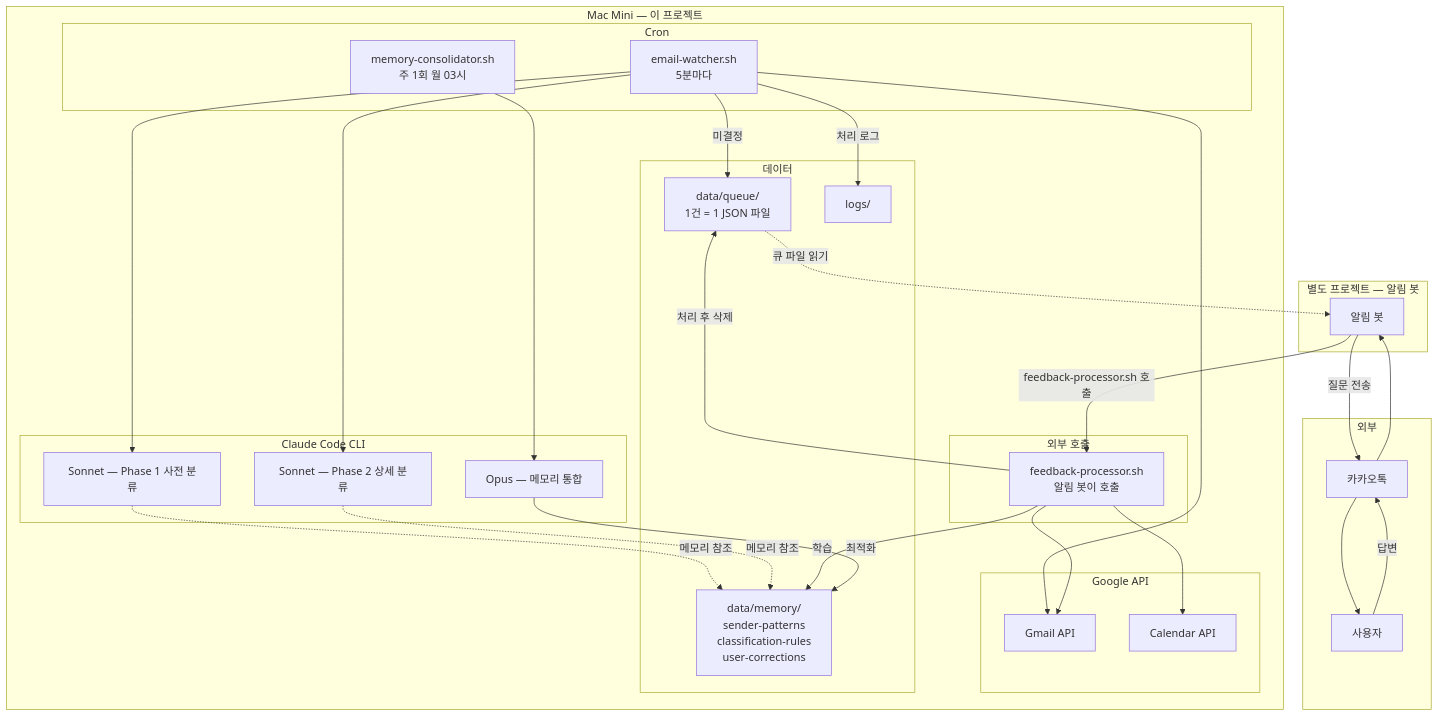
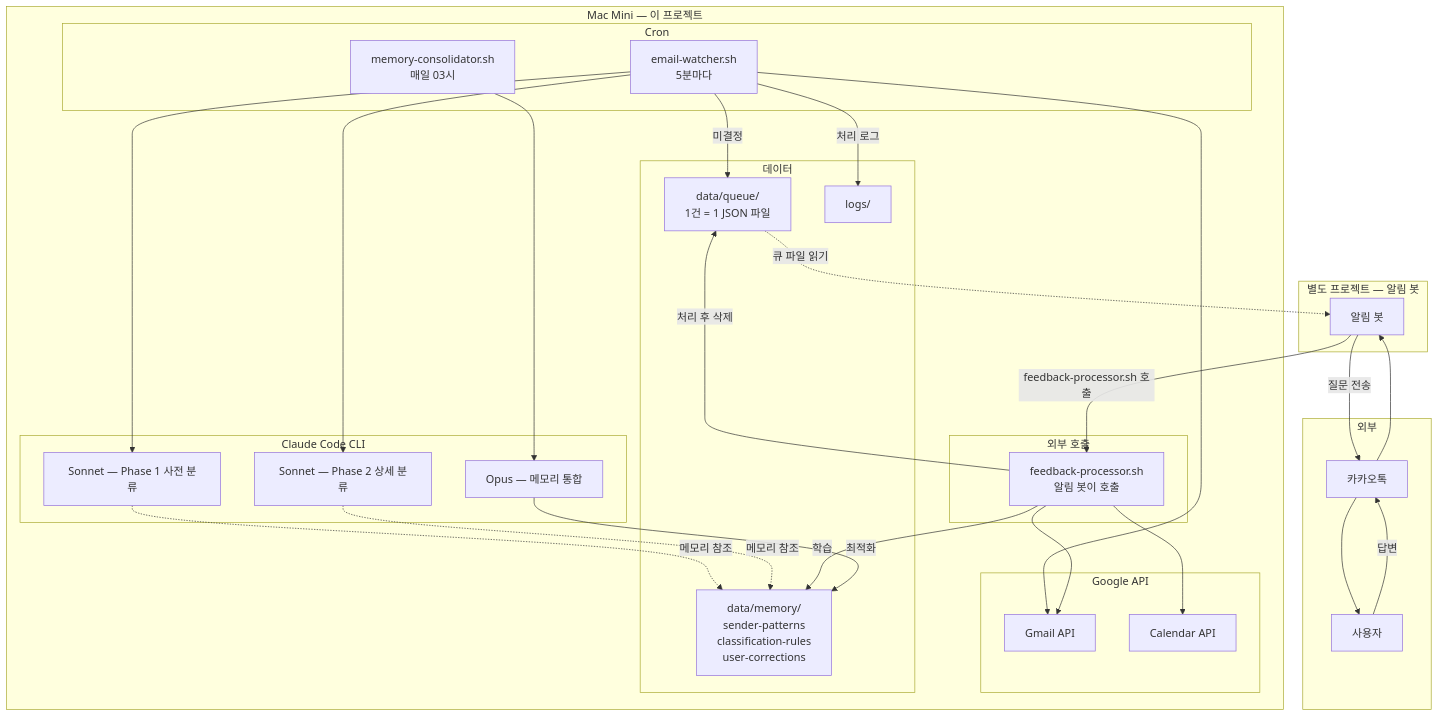
One commit to realcoding2003/gmail-calendar-organizer changed the first of 4 diagrams in docs/architecture.md. Above: the diagram before and after it, drawn with Mermaid. The commit also changed other lines of this file and 2 other files, not shown here.

````diff
--- a/docs/architecture.md
+++ b/docs/architecture.md
@@ -10,57 +10,57 @@
 ```mermaid
 graph TB
     subgraph "Mac Mini — 이 프로젝트"
         subgraph "Cron"
             W[email-watcher.sh<br/>5분마다]
-            MC[memory-consolidator.sh<br/>주 1회 월 03시]
+            MC[memory-consolidator.sh<br/>매일 03시]
         end
 
         subgraph "외부 호출"
             FP[feedback-processor.sh<br/>알림 봇이 호출]
         end
 
         subgraph "Claude Code CLI"
             S1[Sonnet — Phase 1 사전 분류]
             S2[Sonnet — Phase 2 상세 분류]
             O1[Opus — 메모리 통합]
         end
 
         subgraph "Google API"
             GM[Gmail API]
             GC[Calendar API]
         end
 
         subgraph "데이터"
             Q[data/queue/<br/>1건 = 1 JSON 파일]
             MEM[data/memory/<br/>sender-patterns<br/>classification-rules<br/>user-corrections]
             LOG[logs/]
         end
 
         W --> S1 & S2
         W --> GM
         W -->|미결정| Q
         W -->|처리 로그| LOG
         S1 & S2 -.->|메모리 참조| MEM
 
         FP --> GM & GC
         FP -->|학습| MEM
         FP -->|처리 후 삭제| Q
 
         MC --> O1
         O1 -->|최적화| MEM
     end
 
     subgraph "별도 프로젝트 — 알림 봇"
         BOT[알림 봇]
     end
 
     subgraph "외부"
         KT[카카오톡]
         USER[사용자]
     end
 
     Q -.->|큐 파일 읽기| BOT
     BOT -->|질문 전송| KT --> USER
     USER -->|답변| KT --> BOT
     BOT -->|feedback-processor.sh 호출| FP
 ```
````
